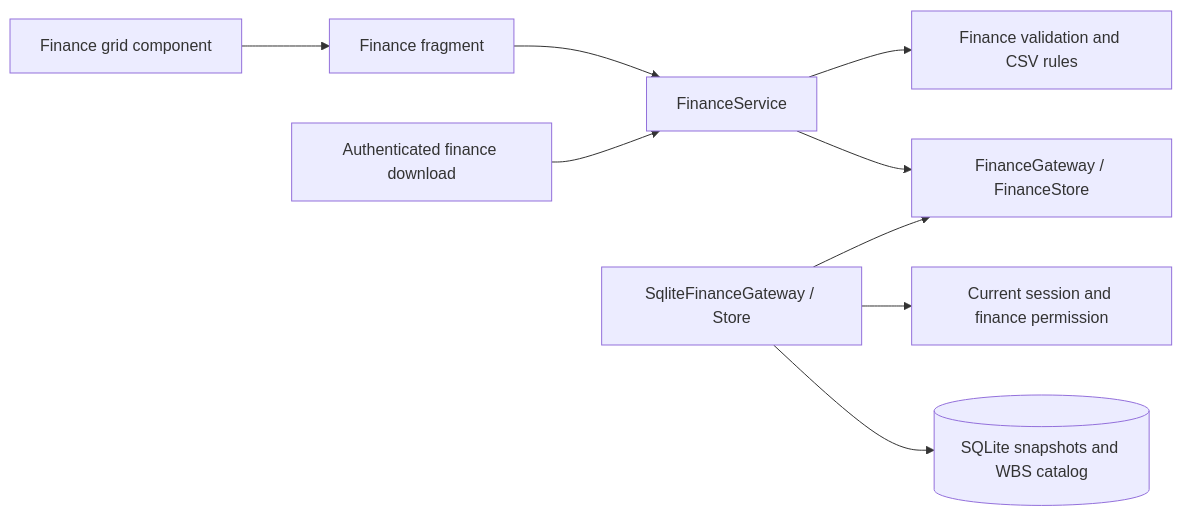
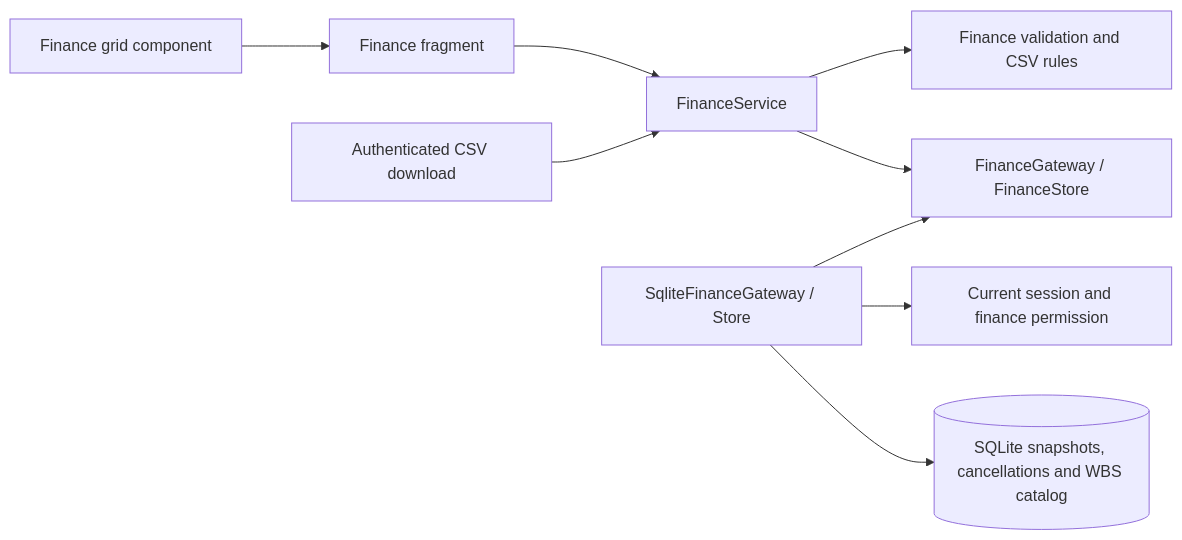
The diagram in docs/decisions/0021-versioned-finance-budget-plan.md (cboguet83/eppm_demo), drawn with Mermaid before and after one commit. The commit also changed other lines of this file and 20 other files, not shown here.

````diff
--- a/docs/decisions/0021-versioned-finance-budget-plan.md
+++ b/docs/decisions/0021-versioned-finance-budget-plan.md
@@ -106,11 +96,11 @@
 ```mermaid
 flowchart LR
     Grid[Finance grid component] --> Page[Finance fragment]
     Page --> Service[FinanceService]
-    Download[Authenticated finance download] --> Service
+    Download[Authenticated CSV download] --> Service
     Service --> Rules[Finance validation and CSV rules]
     Service --> Port[FinanceGateway / FinanceStore]
     SQLite[SqliteFinanceGateway / Store] --> Port
     SQLite --> Policy[Current session and finance permission]
-    SQLite --> Database[(SQLite snapshots and WBS catalog)]
+    SQLite --> Database[(SQLite snapshots, cancellations and WBS catalog)]
 ```
````
